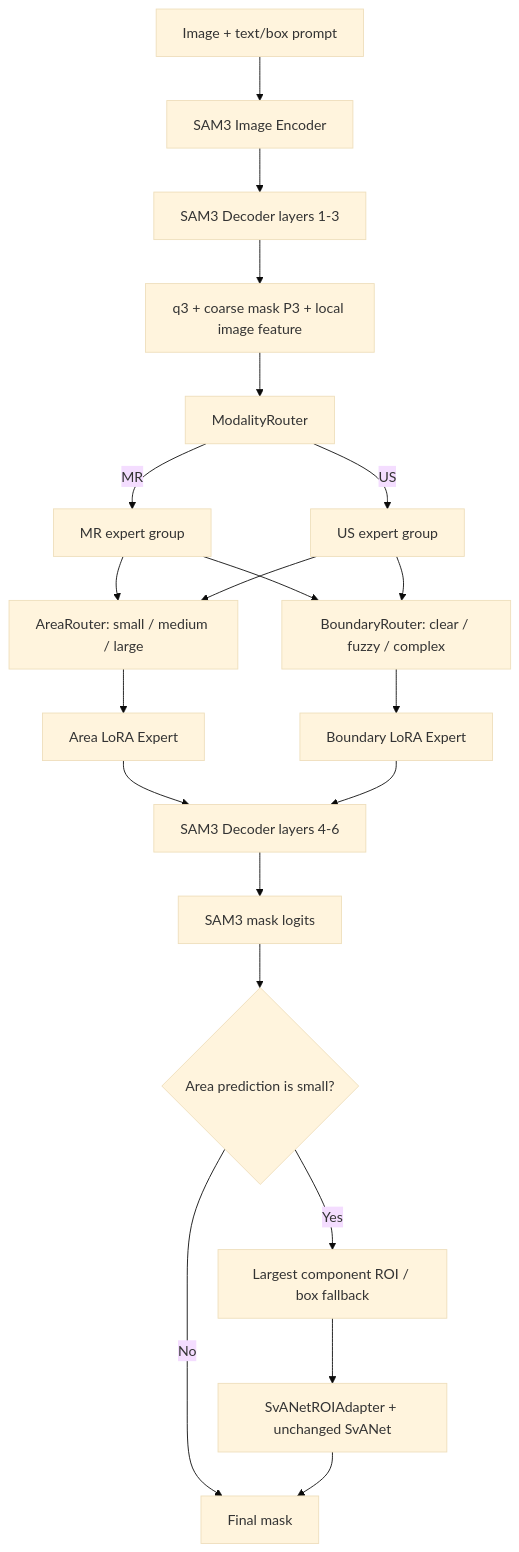
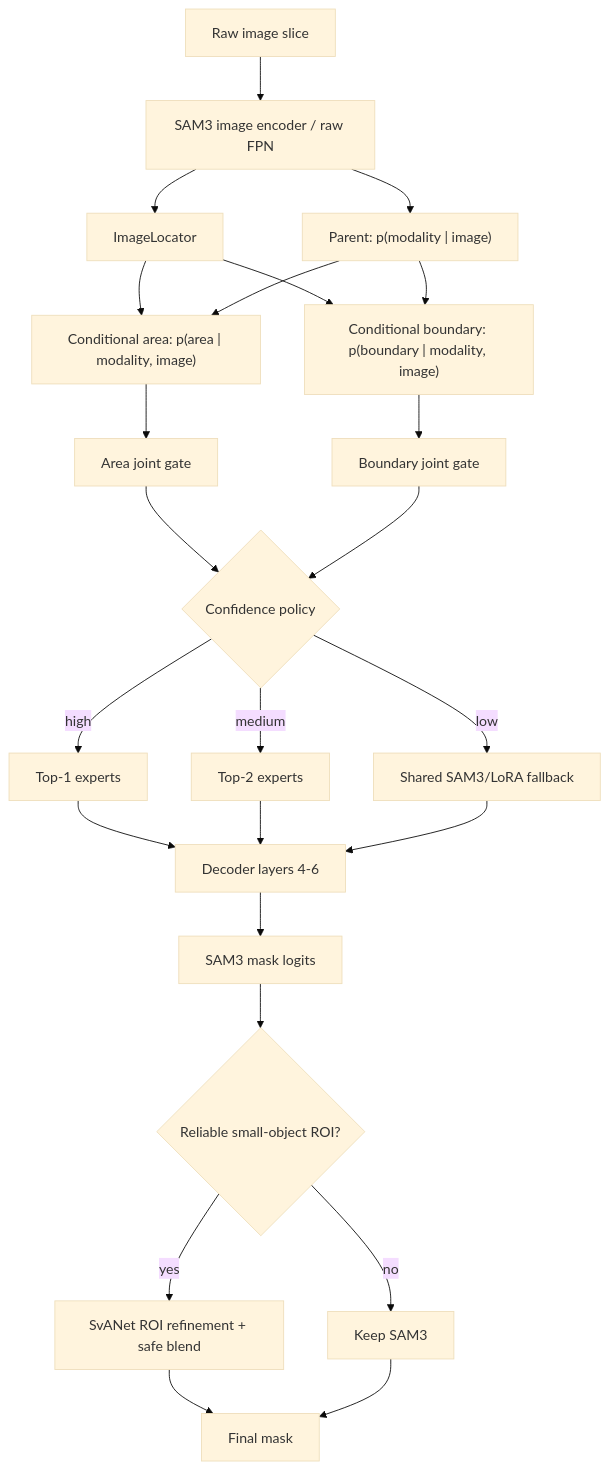
The diagram in README.md (Msx00/sam3-finetune), drawn with Mermaid (base theme) before and after one commit. The commit also changed other lines of this file, not shown here.

Commit message:
Update README for image-driven conditional HMoE

````diff
--- a/README.md
+++ b/README.md
@@ -11,23 +107,26 @@
 ```mermaid
 flowchart TD
-    A["Image + text/box prompt"] --> B["SAM3 Image Encoder"]
-    B --> C["SAM3 Decoder layers 1-3"]
-    C --> D["q3 + coarse mask P3 + local image feature"]
-    D --> E["ModalityRouter"]
-    E -->|MR| F["MR expert group"]
-    E -->|US| G["US expert group"]
-    F --> H["AreaRouter: small / medium / large"]
-    F --> I["BoundaryRouter: clear / fuzzy / complex"]
-    G --> H
-    G --> I
-    H --> J["Area LoRA Expert"]
-    I --> K["Boundary LoRA Expert"]
-    J --> L["SAM3 Decoder layers 4-6"]
-    K --> L
-    L --> M["SAM3 mask logits"]
-    M --> N{"Area prediction is small?"}
-    N -->|No| O["Final mask"]
-    N -->|Yes| P["Largest component ROI / box fallback"]
-    P --> Q["SvANetROIAdapter + unchanged SvANet"]
-    Q --> O
+    A["Raw image slice"] --> B["SAM3 image encoder / raw FPN"]
+    B --> C["ImageLocator"]
+    B --> D["Parent: p(modality | image)"]
+    C --> E["Conditional area: p(area | modality, image)"]
+    C --> F["Conditional boundary: p(boundary | modality, image)"]
+    D --> E
+    D --> F
+    E --> G["Area joint gate"]
+    F --> H["Boundary joint gate"]
+    G --> I{"Confidence policy"}
+    H --> I
+    I -->|"high"| J["Top-1 experts"]
+    I -->|"medium"| K["Top-2 experts"]
+    I -->|"low"| L["Shared SAM3/LoRA fallback"]
+    J --> M["Decoder layers 4-6"]
+    K --> M
+    L --> M
+    M --> N["SAM3 mask logits"]
+    N --> O{"Reliable small-object ROI?"}
+    O -->|"yes"| P["SvANet ROI refinement + safe blend"]
+    O -->|"no"| Q["Keep SAM3"]
+    P --> R["Final mask"]
+    Q --> R
 ```
````
